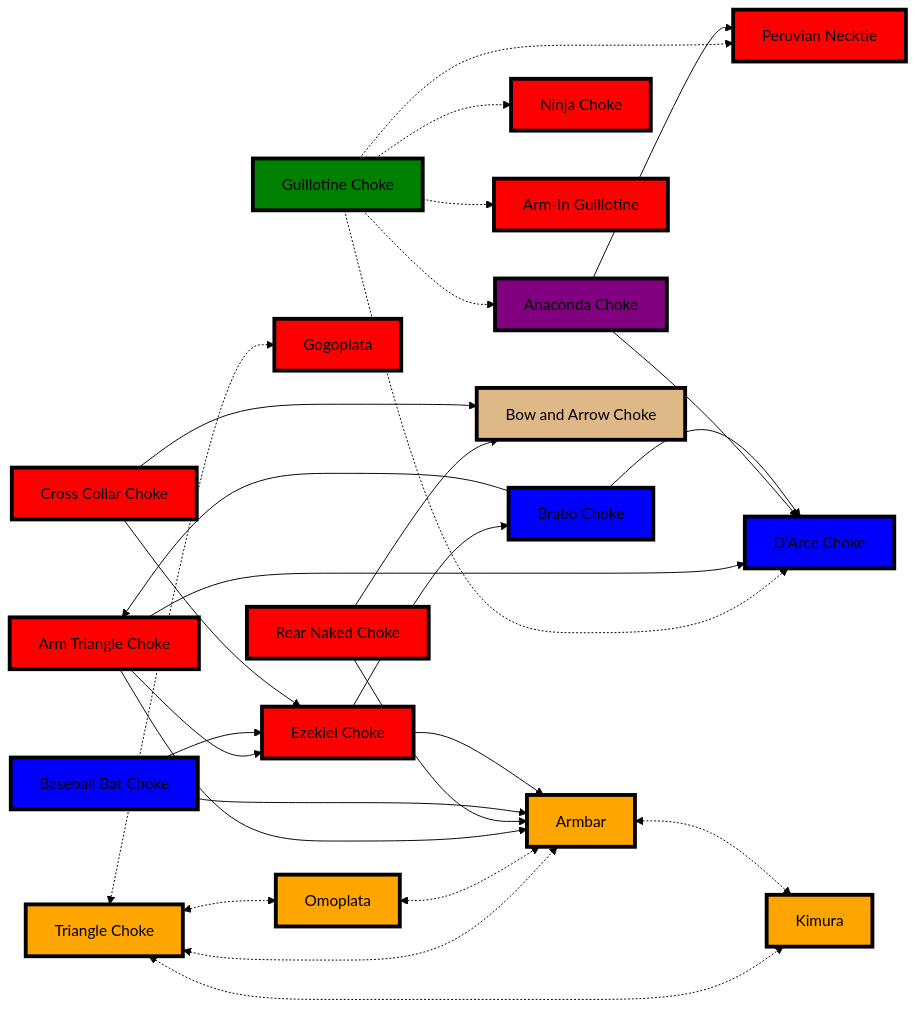
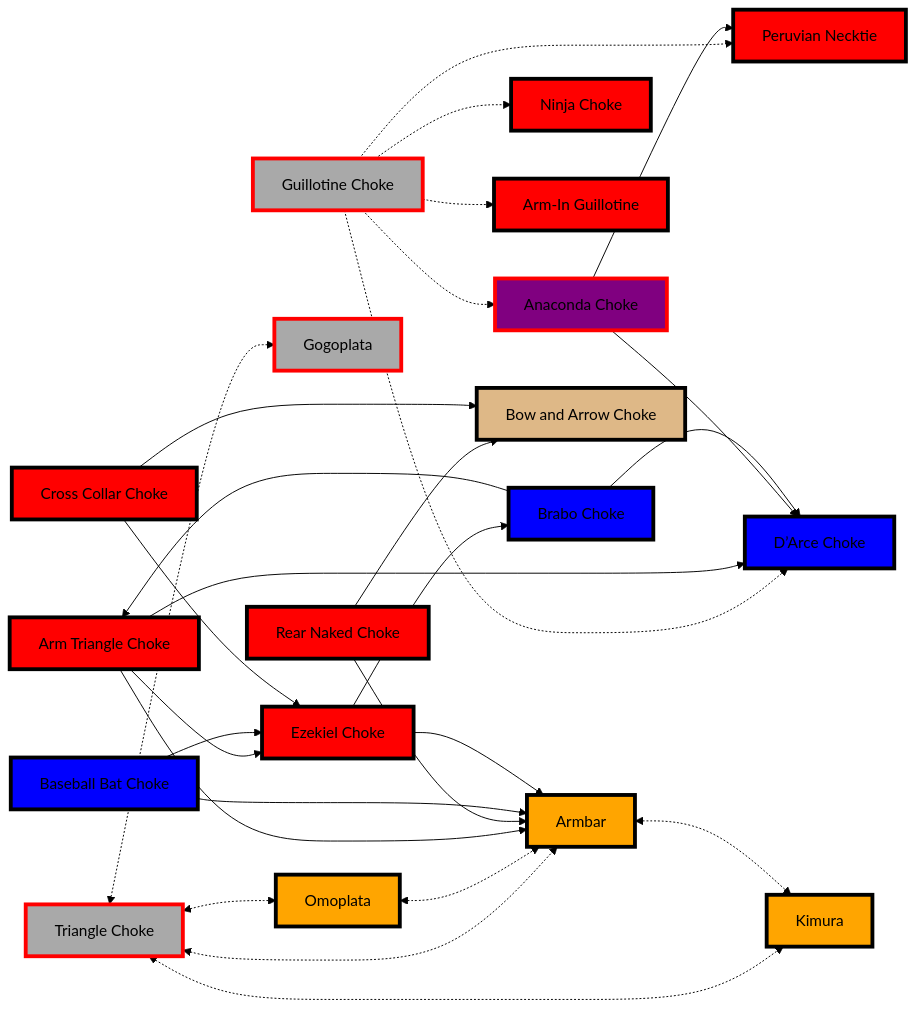
One commit to jacgit18/DevHiveMind changed the fourth of 4 diagrams in _Fitness/MMA/Real World BJJ Flows.md. Above: the diagram before and after it, drawn with Mermaid (forest theme). The commit also changed other lines of this file, not shown here.

Commit message:
M "_Fitness/MMA/Real World BJJ Flows.md"

````diff
--- a/_Fitness/MMA/Real World BJJ Flows.md
+++ b/_Fitness/MMA/Real World BJJ Flows.md
@@ -404,66 +405,66 @@
 ```mermaid
 flowchart LR
     A[Triangle Choke] <-.->  B[Armbar]
     A <-.-> C[Omoplata]
     A <-.->  D[Gogoplata]
     A <-.->  E
     B <-.-> E[Kimura]
     C <-.->  B
 
 
     F[Guillotine Choke] .-> G[Ninja Choke]
     F .-> H[Peruvian Necktie]
     F .-> I[Arm-In Guillotine]
     F .-> Q
     F .-> L
 
     J[Arm Triangle Choke] --> P
     J --> L[D’Arce Choke]
     J --> B
 
     M[Rear Naked Choke] --> B
     M --> N[Bow and Arrow Choke]
 
     O[Baseball Bat Choke] --> P[Ezekiel Choke]
     O --> B
 
     Q[Anaconda Choke] --> L
     Q --> H
 
     R[Brabo Choke] --> J
     R --> L
 
     S[Cross Collar Choke] --> N
     S --> P
 
     P --> B
     P --> R
     
-style A fill:orange,stroke:black,stroke-width:4px,shadow:shadow
+style A fill:darkgray,stroke:red,stroke-width:4px,shadow:shadow, 
 
 style B fill:orange,stroke:black,stroke-width:4px,shadow:shadow
 
 style C fill:orange,stroke:black,stroke-width:4px,shadow:shadow
 
-style D fill:red,stroke:black,stroke-width:4px,shadow:shadow
+style D fill:darkgray,stroke:red,stroke-width:4px,shadow:shadow, 
 
 style E fill:orange,stroke:black,stroke-width:4px,shadow:shadow
 
-style F fill:green,stroke:black,stroke-width:4px,shadow:shadow
+style F fill:darkgray,stroke:red,stroke-width:4px,shadow:shadow
 
 style G fill:red,stroke:black,stroke-width:4px,shadow:shadow
 style H fill:red,stroke:black,stroke-width:4px,shadow:shadow
 style I fill:red,stroke:black,stroke-width:4px,shadow:shadow
 style J fill:red,stroke:black,stroke-width:4px,shadow:shadow
 
 style L fill:blue,stroke:black,stroke-width:4px,shadow:shadow
 style M fill:red,stroke:black,stroke-width:4px,shadow:shadow
 style N fill:burlywood,stroke:black,stroke-width:4px,shadow:shadow
 
 style O fill:blue,stroke:black,stroke-width:4px,shadow:shadow
 style P fill:red,stroke:black,stroke-width:4px,shadow:shadow
 
-style Q fill:purple,stroke:black,stroke-width:4px,shadow:shadow
+style Q fill:purple,stroke:red,stroke-width:4px,shadow:shadow
 style R fill:blue,stroke:black,stroke-width:4px,shadow:shadow
 style S fill:red,stroke:black,stroke-width:4px,shadow:shadow
 ```
````
